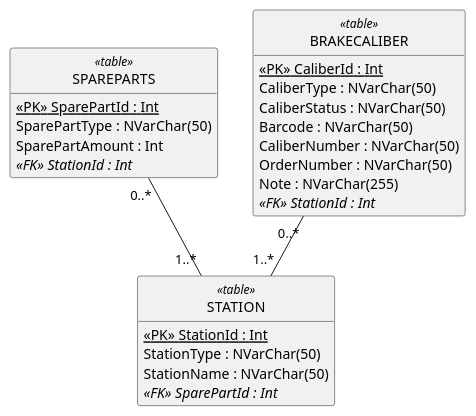
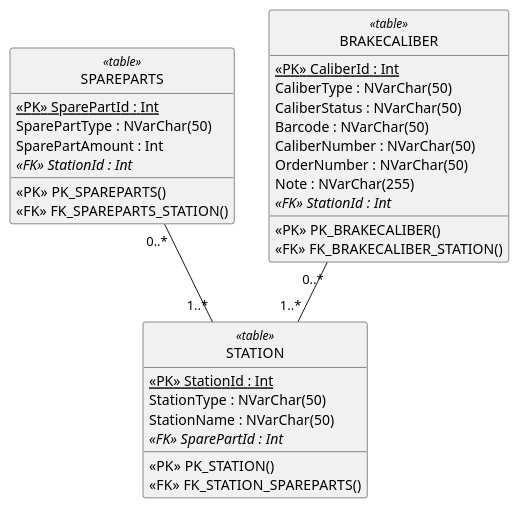
One commit to senan2315/Team-5A-Budweg changed the diagram in Informationsartefakter/16-ERD-UMLDatabaseModel.plantuml. Above: the diagram before and after it, drawn with PlantUML. The commit also changed 1 other file, not shown here.

Commit message:
Oprettet UML-DATABASEMODEL TIL R-DBMS

```diff
--- a/Informationsartefakter/16-ERD-UMLDatabaseModel.plantuml
+++ b/Informationsartefakter/16-ERD-UMLDatabaseModel.plantuml
@@ -1,39 +1,44 @@
 @startuml - UML DatabaseModel for Budweg
 hide circle
-hide method
 
 /'Relationer
 SPAREPARTS(<ins>SparePartId</ins> SparePartType, SparePartAmount)
 STATION(<ins>StationId</ins>, StationType, StationsName, *SparePartId*)
 BRAKECALIBER(<ins>CaliberId</ins>, CaliberType, CaliberStatus, Barcode, CaliberNumber, OrderNumber, Note, *StationId*)
 '/
 class "SPAREPARTS" <<table>>{
     {static} <<PK>> SparePartId : Int
     {field} SparePartType : NVarChar(50)
     {field} SparePartAmount : Int
     //<<FK>> StationId : Int//
+    {method} <<PK>> PK_SPAREPARTS()
+    {method} <<FK>> FK_SPAREPARTS_STATION()
 }
 
 class "STATION" <<table>>{
     {static} <<PK>> StationId : Int
     {field} StationType : NVarChar(50)
     {field} StationName : NVarChar(50)
     //<<FK>> SparePartId : Int//
+    {method} <<PK>> PK_STATION()
+    {method} <<FK>> FK_STATION_SPAREPARTS()
 }
 
 class "BRAKECALIBER" <<table>>{
     {static} <<PK>> CaliberId : Int
     {field} CaliberType : NVarChar(50)
     {field} CaliberStatus : NVarChar(50)
     {field} Barcode : NVarChar(50)
     {field} CaliberNumber : NVarChar(50)
     {field} OrderNumber : NVarChar(50)
     {field} Note : NVarChar(255)
     //<<FK>> StationId : Int//
+    {method} <<PK>> PK_BRAKECALIBER()
+    {method} <<FK>> FK_BRAKECALIBER_STATION()
 }
 'relationer'
 SPAREPARTS "0..*" -- "1..*" STATION
 BRAKECALIBER "0..*" -- "1..*" STATION
 
 
 @enduml
```
